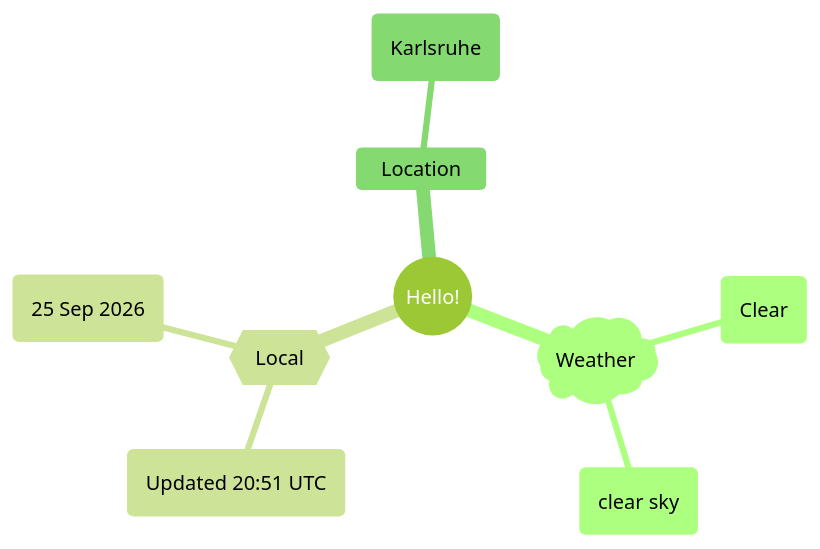
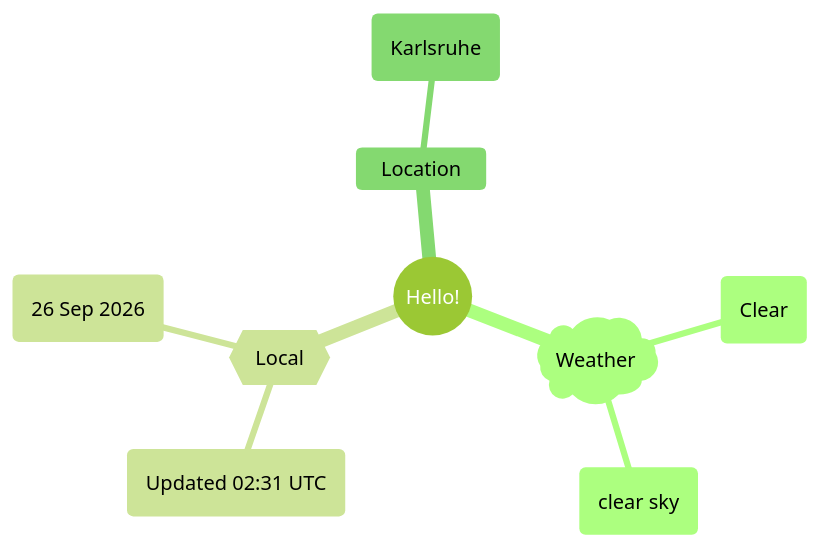
The first of 2 diagrams in README.md (Xosrov/Xosrov), drawn with Mermaid (forest theme) before and after one commit.

Commit message:
[bot] updated images

````diff
--- a/README.md
+++ b/README.md
@@ -3,12 +3,12 @@
 ```mermaid
 mindmap
   root((Hello!))
     )Weather(
         (Clear)
         (clear sky)
     {{Local}}
-        (Updated 20:51 UTC)
-        (25 Sep 2026)
+        (Updated 02:31 UTC)
+        (26 Sep 2026)
     Location
         (Karlsruhe)
 ```
````
